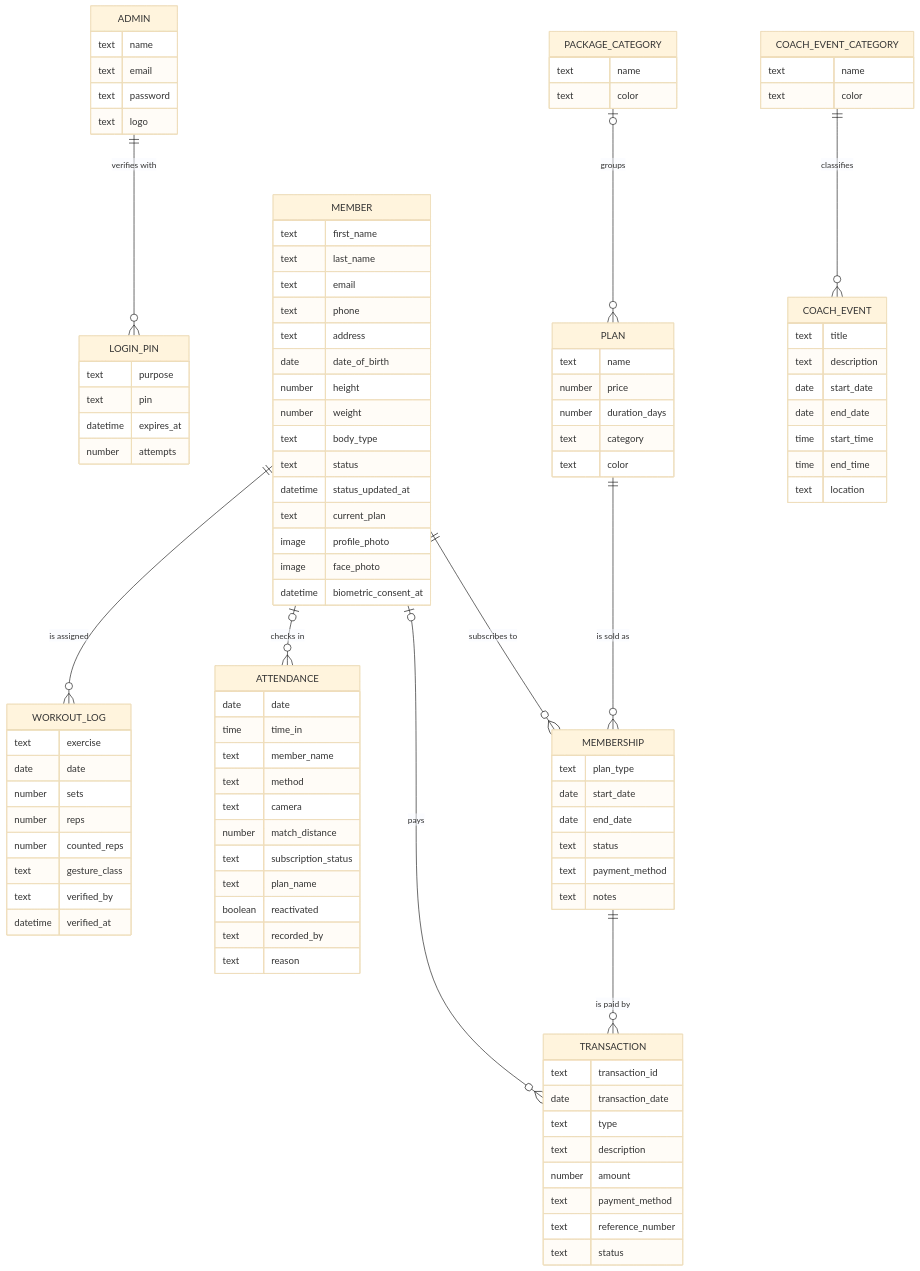
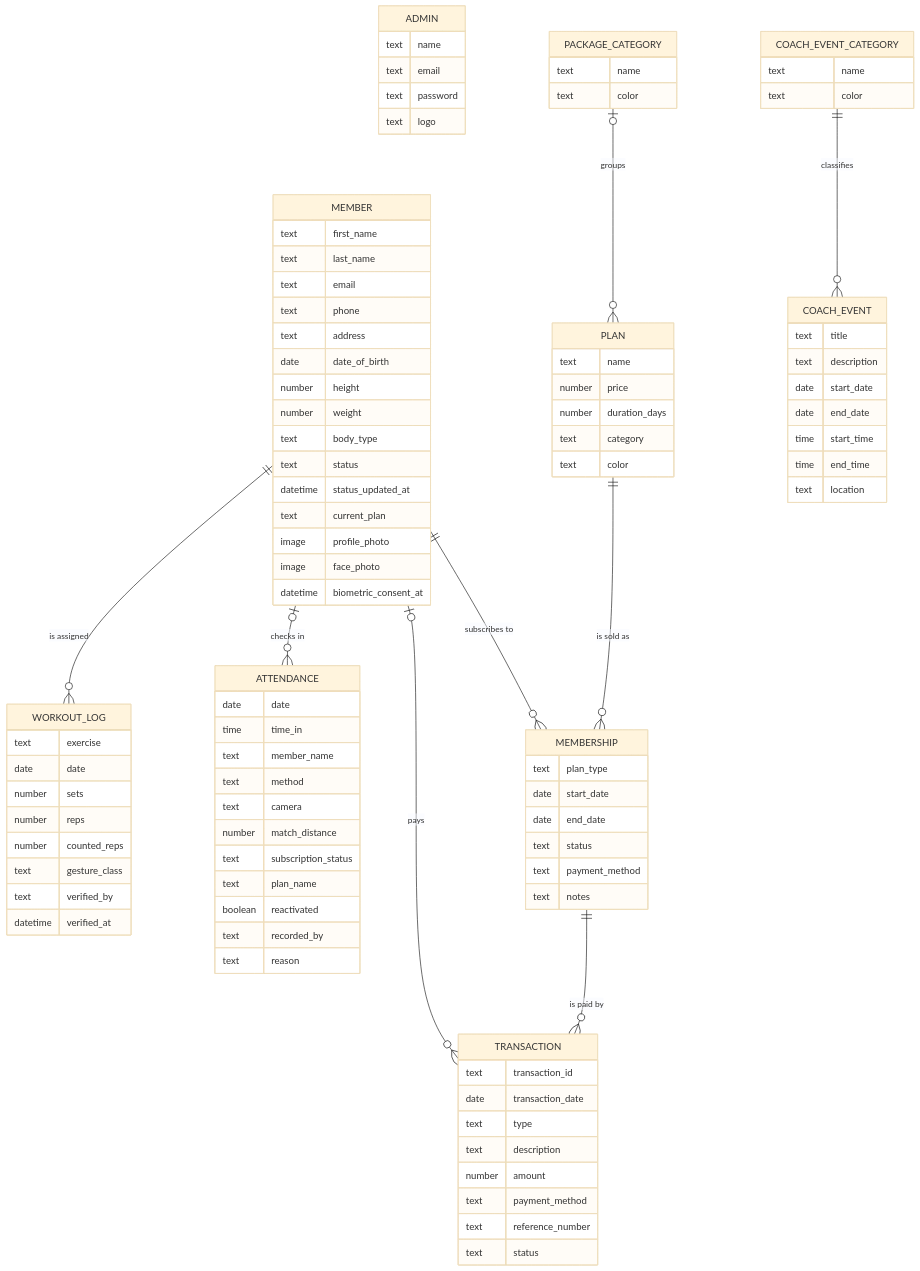
The eighth of 9 diagrams in Updated Current Plan For Development/Chapter4_Diagrams (2).md (Plonteras191/GYM2-CAPSTONE), drawn with Mermaid (base theme) before and after one commit. The commit also changed other lines of this file and 2 other files, not shown here.

First line of the commit message:
docs: record the removal of the login verification step (item 25)

```diff
--- a/Updated Current Plan For Development/Chapter4_Diagrams (2).md
+++ b/Updated Current Plan For Development/Chapter4_Diagrams (2).md
@@ -442,12 +434,6 @@
         text email
         text password
         text logo
-    }
-    LOGIN_PIN {
-        text purpose
-        text pin
-        datetime expires_at
-        number attempts
     }
     MEMBER {
         text first_name
@@ -532,7 +518,6 @@
         text location
     }
 
-    ADMIN ||--o{ LOGIN_PIN : "verifies with"
     MEMBER ||--o{ MEMBERSHIP : "subscribes to"
     PLAN ||--o{ MEMBERSHIP : "is sold as"
     PACKAGE_CATEGORY |o--o{ PLAN : "groups"
```
